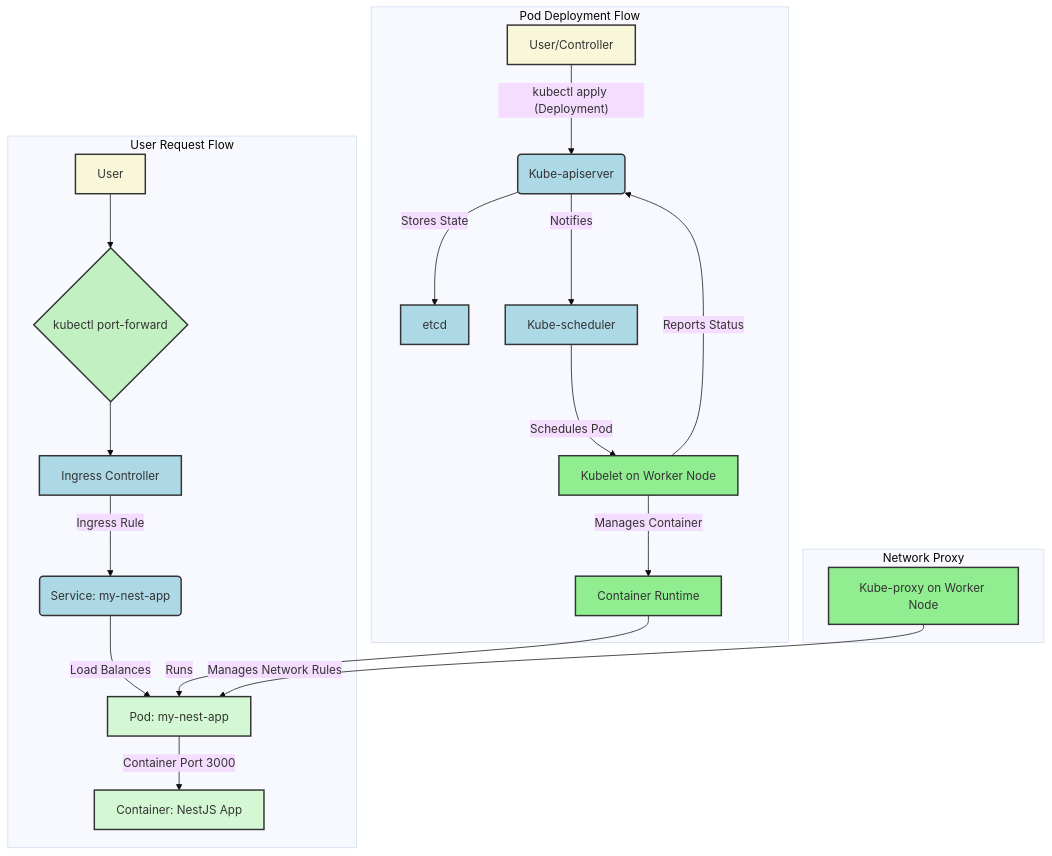
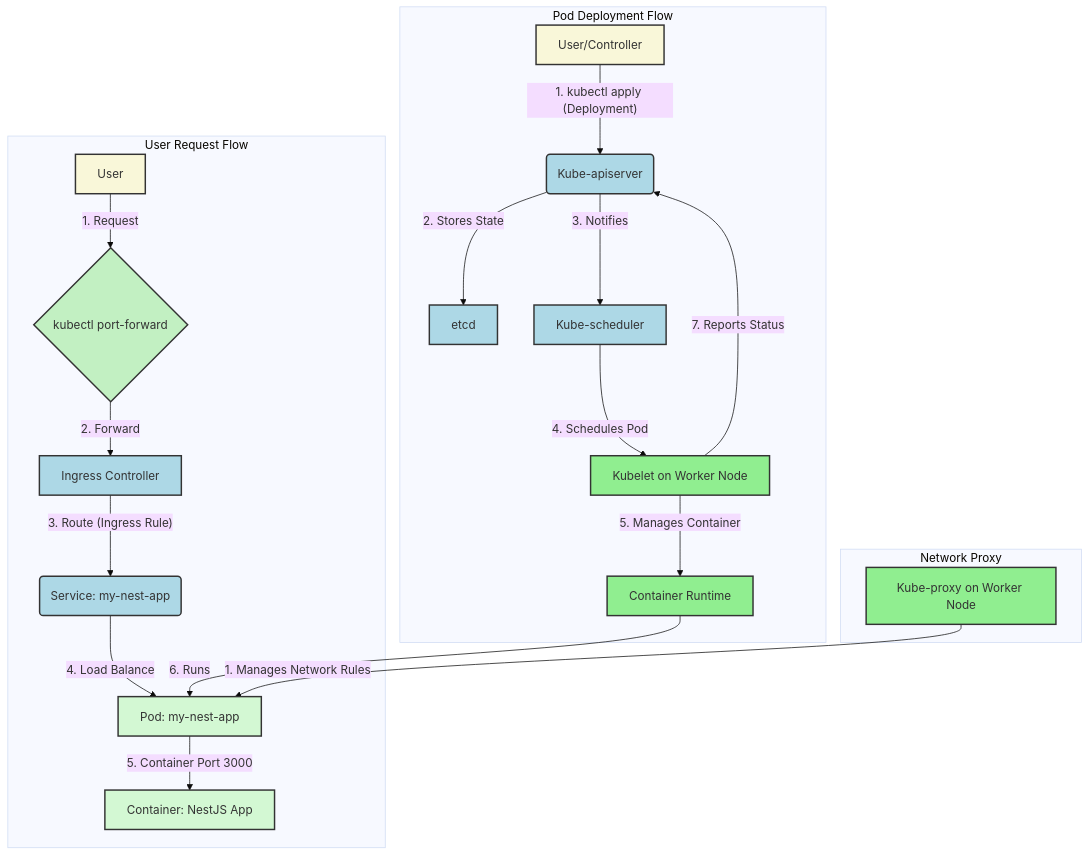
Before and after one commit to Minzino/kind-guide: the diagram in guides/10-core-components-flow.md, drawn with Mermaid (base theme). The commit also changed other lines of this file, not shown here.

Commit message:
docs: Add numbered arrows and detailed explanations to Mermaid diagram in 10-core-components-flow.md

````diff
--- a/guides/10-core-components-flow.md
+++ b/guides/10-core-components-flow.md
@@ -26,38 +26,38 @@
 ```mermaid
 graph TD
     subgraph "User Request Flow"
-        A[User] --> B{kubectl port-forward}
-        B --> C[Ingress Controller]
-        C -- "Ingress Rule" --> D(Service: my-nest-app)
-        D -- "Load Balances" --> E[Pod: my-nest-app]
-        E -- "Container Port 3000" --> F[Container: NestJS App]
+        A[User] -- 1. Request --> B{kubectl port-forward}
+        B -- 2. Forward --> C[Ingress Controller]
+        C -- 3. Route (Ingress Rule) --> D(Service: my-nest-app)
+        D -- 4. Load Balance --> E[Pod: my-nest-app]
+        E -- 5. Container Port 3000 --> F[Container: NestJS App]
     end
 
     subgraph "Pod Deployment Flow"
-        G[User/Controller] -- "kubectl apply (Deployment)" --> H(Kube-apiserver)
-        H -- "Stores State" --> I[etcd]
-        H -- "Notifies" --> J[Kube-scheduler]
-        J -- "Schedules Pod" --> K[Kubelet on Worker Node]
-        K -- "Manages Container" --> L[Container Runtime]
-        L -- "Runs" --> E
-        K -- "Reports Status" --> H
+        G[User/Controller] -- 1. kubectl apply (Deployment) --> H(Kube-apiserver)
+        H -- 2. Stores State --> I[etcd]
+        H -- 3. Notifies --> J[Kube-scheduler]
+        J -- 4. Schedules Pod --> K[Kubelet on Worker Node]
+        K -- 5. Manages Container --> L[Container Runtime]
+        L -- 6. Runs --> E
+        K -- 7. Reports Status --> H
     end
 
     subgraph "Network Proxy"
-        M[Kube-proxy on Worker Node] -- "Manages Network Rules" --> E
+        M[Kube-proxy on Worker Node] -- 1. Manages Network Rules --> E
     end
 
     style A fill:#f9f7d9,stroke:#333,stroke-width:2px
     style B fill:#c2f0c2,stroke:#333,stroke-width:2px
     style C fill:#add8e6,stroke:#333,stroke-width:2px
     style D fill:#add8e6,stroke:#333,stroke-width:2px
     style E fill:#d3f8d3,stroke:#333,stroke-width:2px
     style F fill:#d3f8d3,stroke:#333,stroke-width:2px
     style G fill:#f9f7d9,stroke:#333,stroke-width:2px
     style H fill:#add8e6,stroke:#333,stroke-width:2px
     style I fill:#add8e6,stroke:#333,stroke-width:2px
     style J fill:#add8e6,stroke:#333,stroke-width:2px
     style K fill:#90ee90,stroke:#333,stroke-width:2px
     style L fill:#90ee90,stroke:#333,stroke-width:2px
     style M fill:#90ee90,stroke:#333,stroke-width:2px
 ```
````
